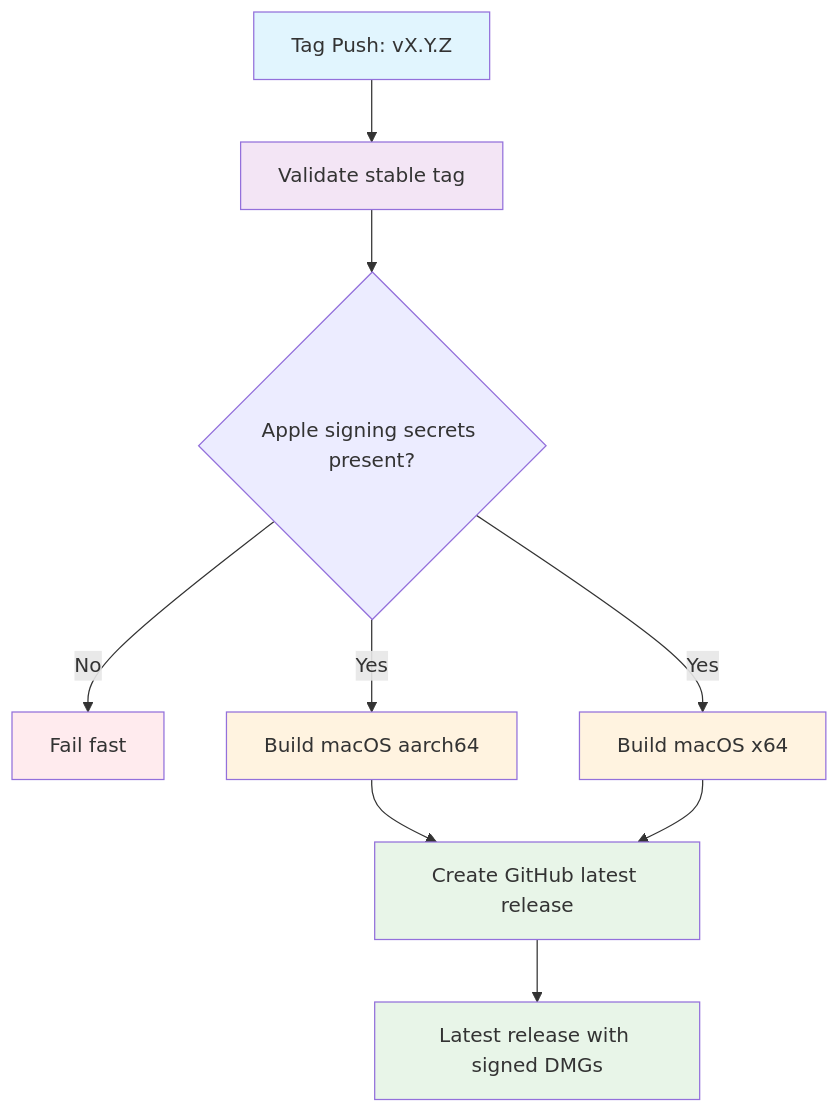
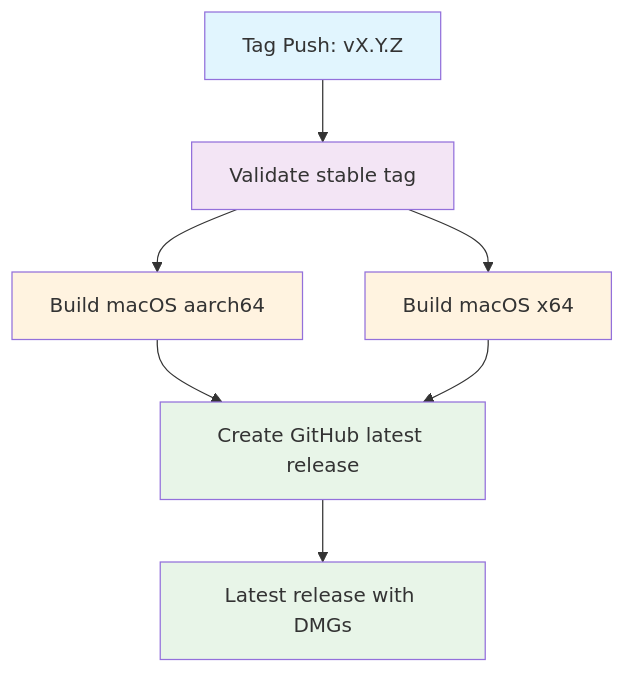
The diagram in spec/spec-process-cicd-publish.md (clawd-cook/poria), drawn with Mermaid before and after one commit. The commit also changed other lines of this file and 1 other file, not shown here.

````diff
--- a/spec/spec-process-cicd-publish.md
+++ b/spec/spec-process-cicd-publish.md
@@ -20,19 +20,16 @@
 ```mermaid
 graph TD
     A[Tag Push: vX.Y.Z] --> B[Validate stable tag]
-    B --> C{Apple signing secrets present?}
-    C -->|No| X[Fail fast]
-    C -->|Yes| D[Build macOS aarch64]
-    C -->|Yes| E[Build macOS x64]
+    B --> D[Build macOS aarch64]
+    B --> E[Build macOS x64]
     D --> F[Create GitHub latest release]
     E --> F
-    F --> G[Latest release with signed DMGs]
+    F --> G[Latest release with DMGs]
 
     style A fill:#e1f5fe
     style G fill:#e8f5e8
     style B fill:#f3e5f5
     style D fill:#fff3e0
     style E fill:#fff3e0
     style F fill:#e8f5e8
-    style X fill:#ffebee
 ```
````
